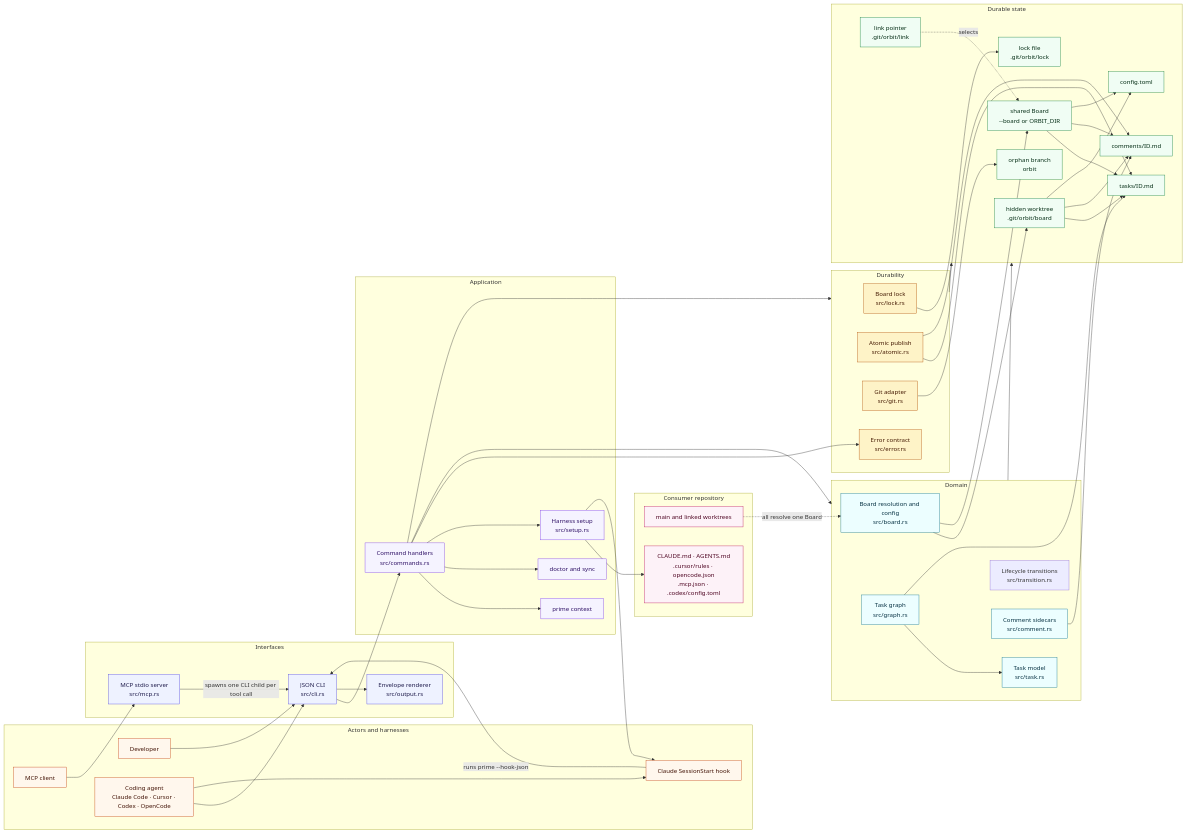
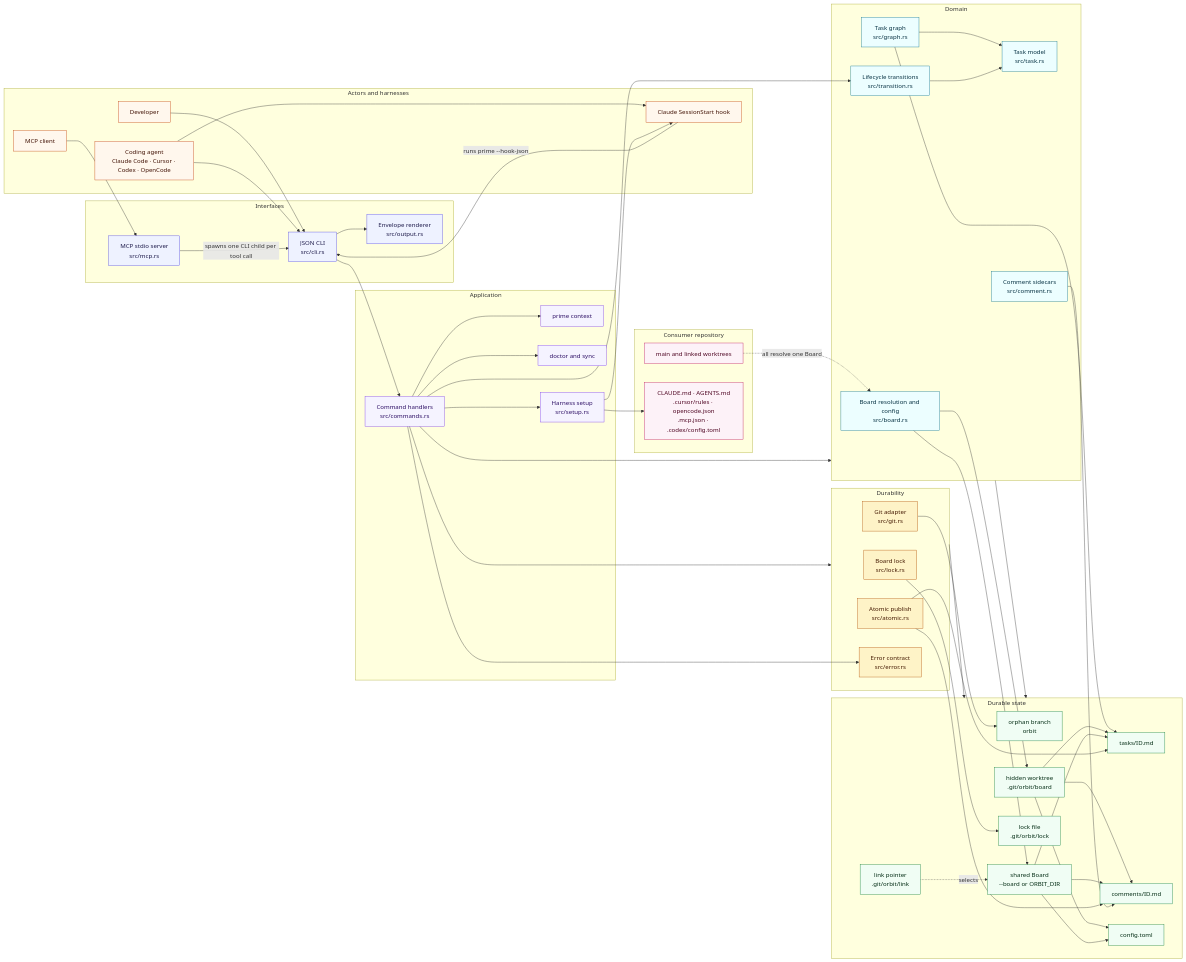
Before and after one commit to rcmendes/orbit: the first of 11 diagrams in docs/ARCHITECTURE.md, drawn with Mermaid.

Commit message:
docs: connect transitions module in component map

```diff
--- a/docs/ARCHITECTURE.md
+++ b/docs/ARCHITECTURE.md
@@ -84,6 +84,8 @@
     BOARD --> WORKTREE
     BOARD --> EXTERNAL
     GRAPH --> MODEL
+    TRANSITIONS --> MODEL
+    CMD --> TRANSITIONS
     GRAPH --> TASKFILES
     GIT --> BRANCH
     WORKTREE --> TASKFILES
@@ -108,7 +110,7 @@
     class DEV,AGENT,MCPC,HOOK actor
     class CLI,MCP,ENVELOPE iface
     class CMD,PRIME,DOCTOR,SETUP app
-    class BOARD,GRAPH,MODEL,COMMENTS domain
+    class BOARD,GRAPH,MODEL,TRANSITIONS,COMMENTS domain
     class LOCK,ATOMIC,GIT,ERRORS durable
     class BRANCH,WORKTREE,EXTERNAL,LINKPTR,LOCKFILE,TASKFILES,COMMENTFILES,CONFIGFILE store
     class WORKTREES,HARNESSFILES repo
```
